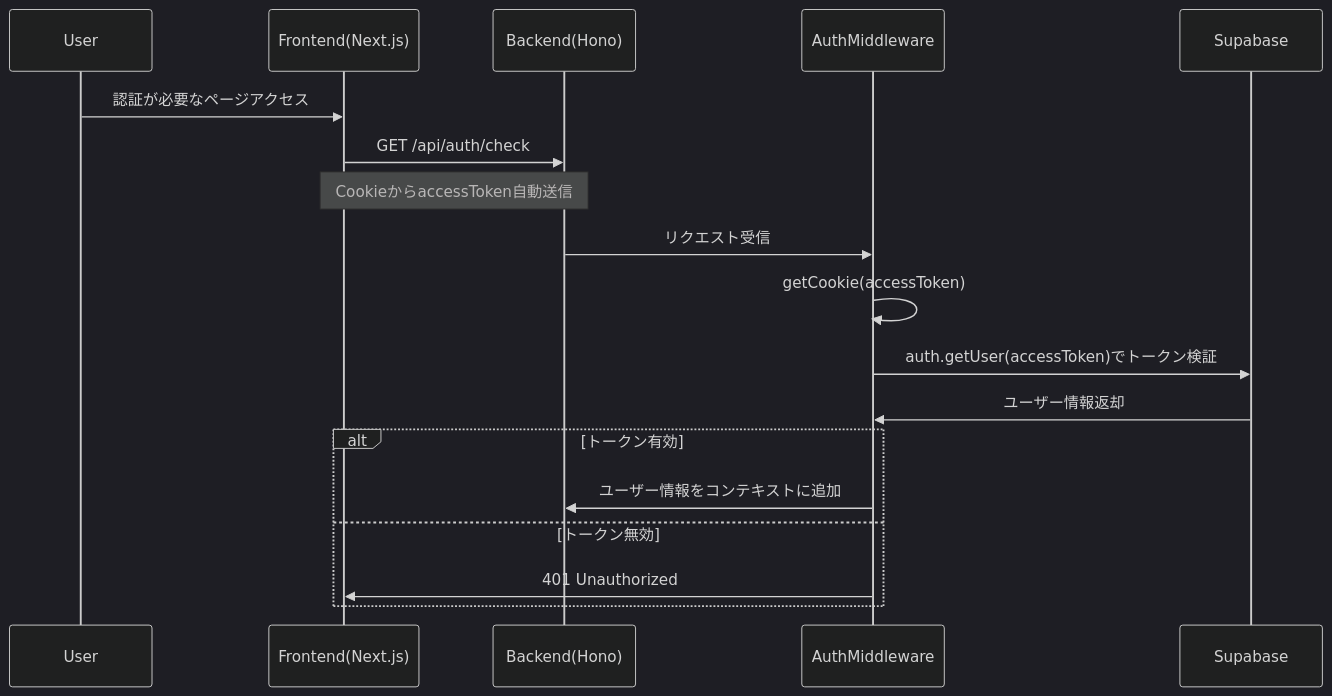
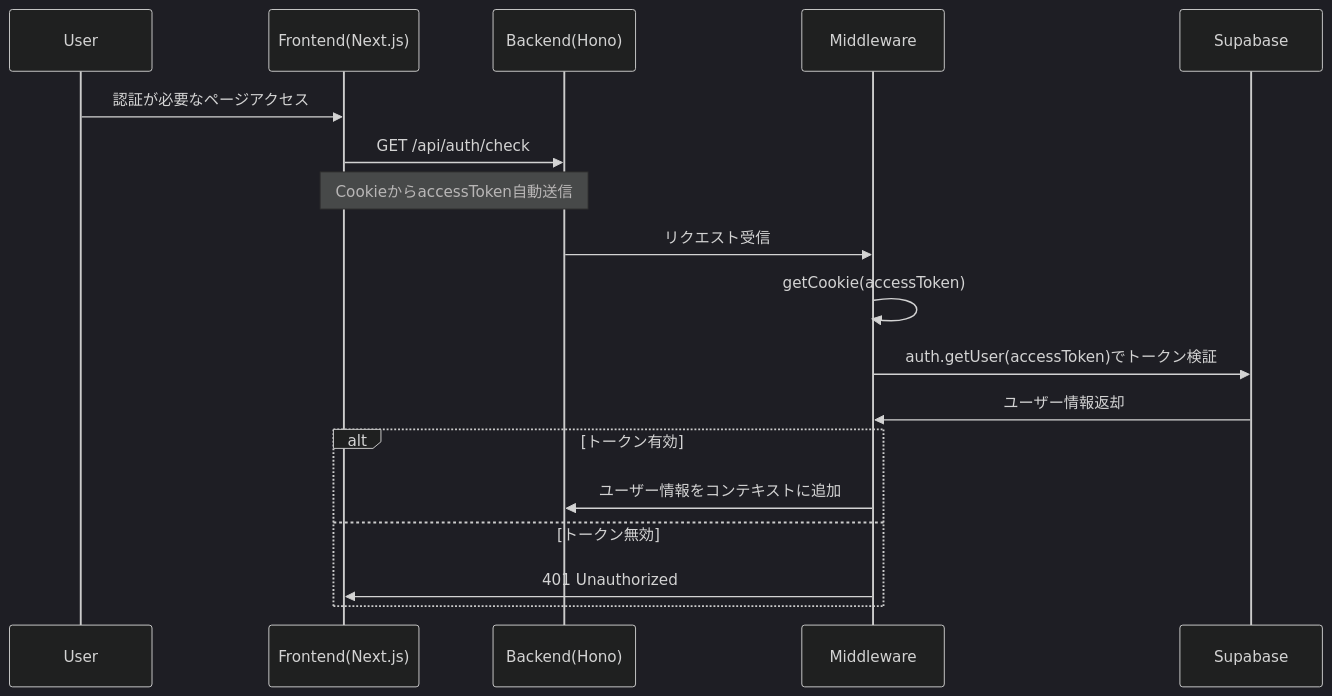
The third of 5 diagrams in docs/station3/doc.md (Takuya0202/foodsnap), drawn with Mermaid (dark theme) before and after one commit. The commit also changed other lines of this file and 1 other file, not shown here.

````diff
--- a/docs/station3/doc.md
+++ b/docs/station3/doc.md
@@ -122,23 +122,23 @@
 ```mermaid
 sequenceDiagram
   participant U as User
   participant F as Frontend(Next.js)
   participant B as Backend(Hono)
-  participant M as AuthMiddleware
+  participant M as Middleware
   participant DB as Supabase
 
   U->>F: 認証が必要なページアクセス
   F->>B: GET /api/auth/check
   Note over F,B: CookieからaccessToken自動送信
   
   B->>M: リクエスト受信
   M->>M: getCookie(accessToken)
   M->>DB: auth.getUser(accessToken)でトークン検証
   DB->>M: ユーザー情報返却
   
   alt トークン有効
     M->>B: ユーザー情報をコンテキストに追加
   else トークン無効
     M->>F: 401 Unauthorized
   end
 ```
````
